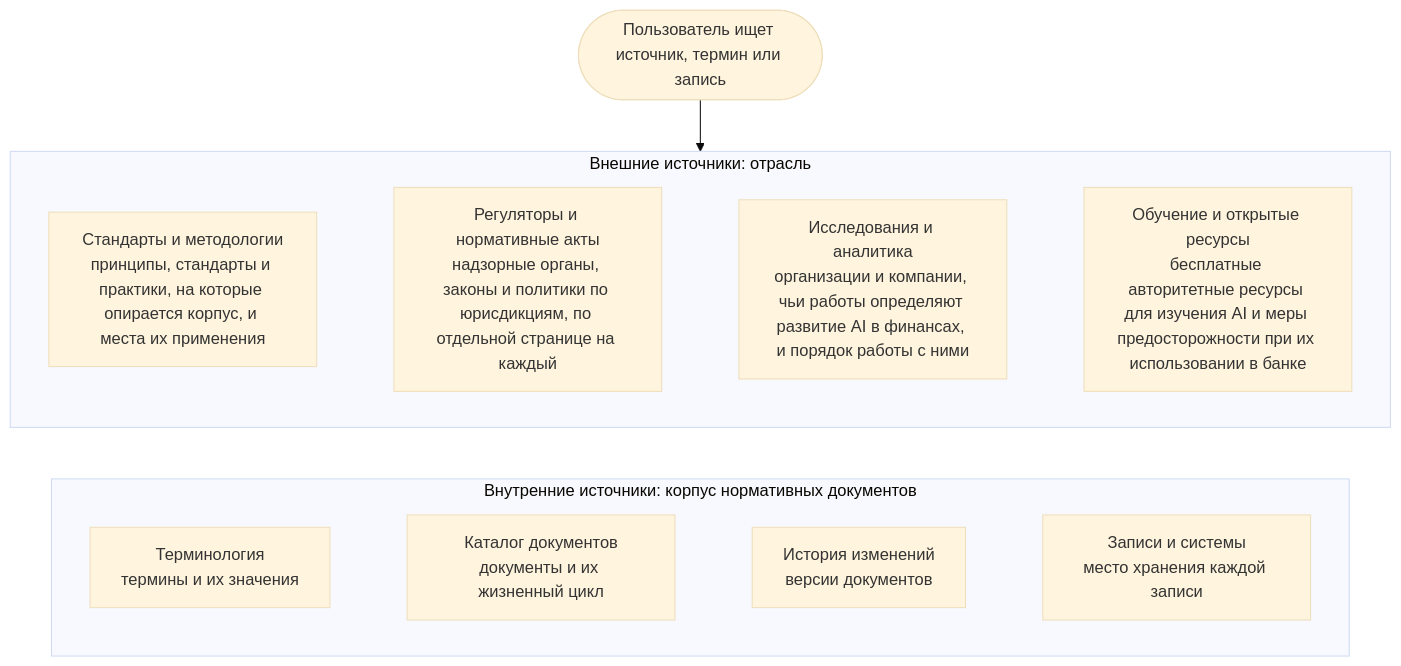
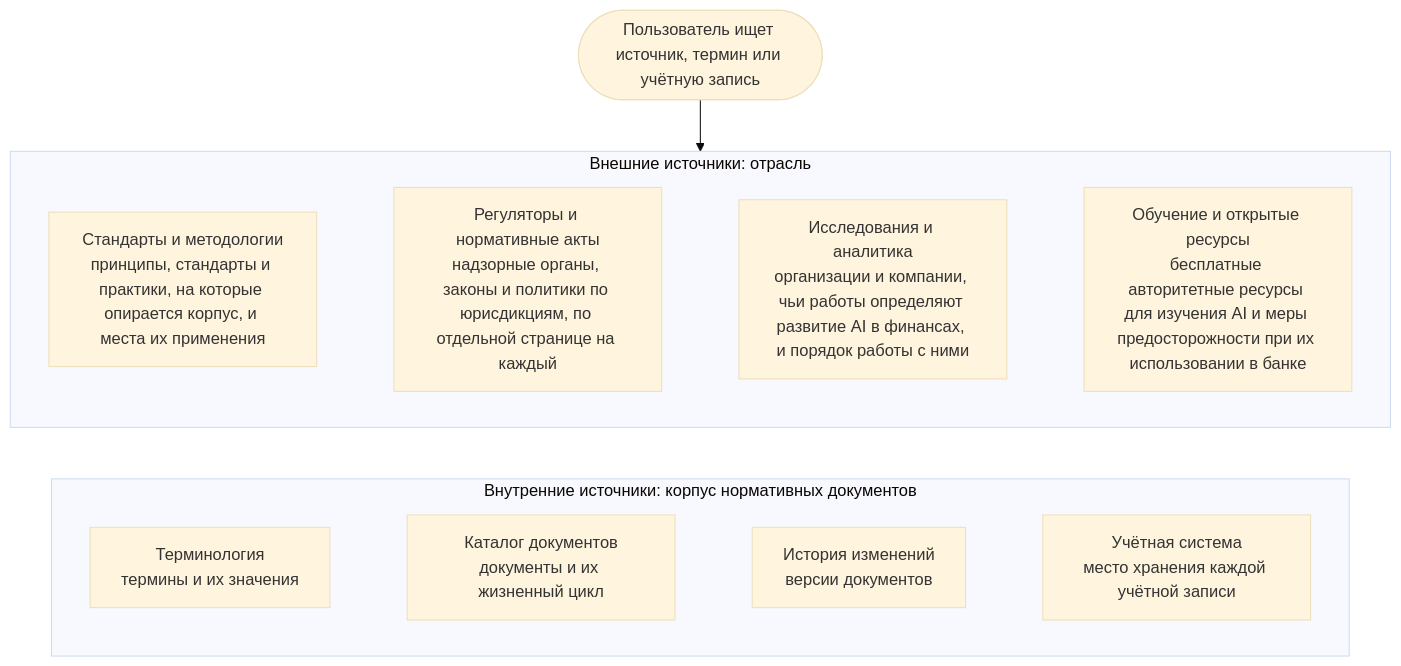
Before and after one commit to devhogu/ob-aicc: the diagram in portal/content/ru/reference/overview.md, drawn with Mermaid (base theme). The commit also changed other lines of this file and 370 other files, not shown here.

````diff
--- a/portal/content/ru/reference/overview.md
+++ b/portal/content/ru/reference/overview.md
@@ -13,14 +13,14 @@
 ```mermaid
 flowchart TB
-  Q(["Пользователь ищет источник, термин или запись"])
+  Q(["Пользователь ищет источник, термин или учётную запись"])
   subgraph ROW1["Внешние источники: отрасль"]
     direction LR
     S["Стандарты и методологии<br/>принципы, стандарты и практики, на которые опирается корпус, и места их применения"] ~~~ R["Регуляторы и нормативные акты<br/>надзорные органы, законы и политики по юрисдикциям, по отдельной странице на каждый"] ~~~ I["Исследования и аналитика<br/>организации и компании, чьи работы определяют развитие AI в финансах, и порядок работы с ними"] ~~~ L["Обучение и открытые ресурсы<br/>бесплатные авторитетные ресурсы для изучения AI и меры предосторожности при их использовании в банке"]
   end
   subgraph ROW2["Внутренние источники: корпус нормативных документов"]
     direction LR
-    V["Терминология<br/>термины и их значения"] ~~~ C["Каталог документов<br/>документы и их жизненный цикл"] ~~~ H["История изменений<br/>версии документов"] ~~~ K["Записи и системы<br/>место хранения каждой записи"]
+    V["Терминология<br/>термины и их значения"] ~~~ C["Каталог документов<br/>документы и их жизненный цикл"] ~~~ H["История изменений<br/>версии документов"] ~~~ K["Учётная система<br/>место хранения каждой учётной записи"]
   end
   Q --> ROW1
   ROW1 ~~~ ROW2
 ```
````
